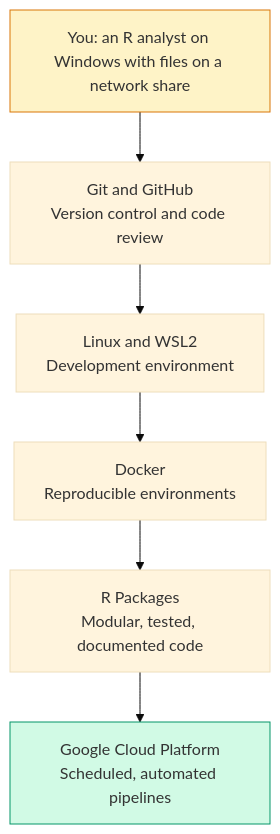
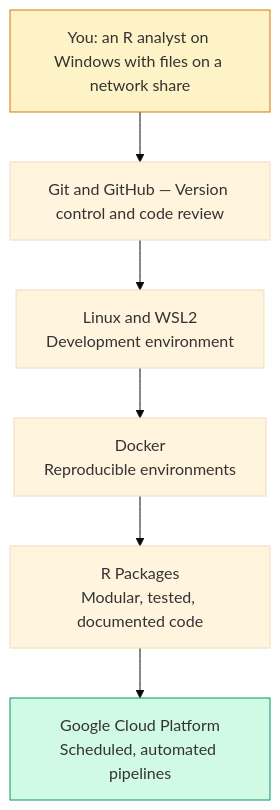
The first of 2 diagrams in docs/index.md (Ch3w3y/docker_gcp), drawn with Mermaid (base theme) before and after one commit. The commit also changed other lines of this file and 12 other files, not shown here.

````diff
--- a/docs/index.md
+++ b/docs/index.md
@@ -24,14 +24,14 @@
 ```mermaid
 flowchart TD
     A["You: an R analyst on Windows with files on a network share"]
-    B["Git and GitHub\nVersion control and code review"]
+    B["Git and GitHub — Version control and code review"]
     C["Linux and WSL2\nDevelopment environment"]
     D["Docker\nReproducible environments"]
     E["R Packages\nModular, tested, documented code"]
     F["Google Cloud Platform\nScheduled, automated pipelines"]
 
     A --> B --> C --> D --> E --> F
 
     style A fill:#fef3c7,stroke:#d97706
     style F fill:#d1fae5,stroke:#059669
 ```
````
